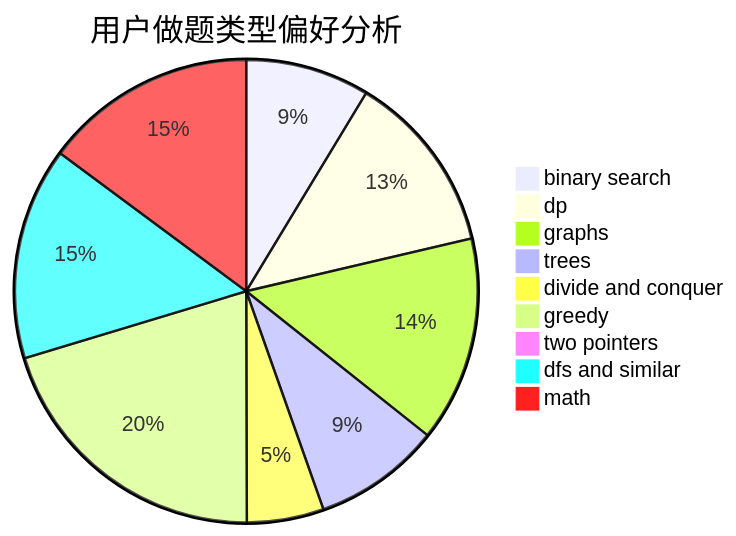
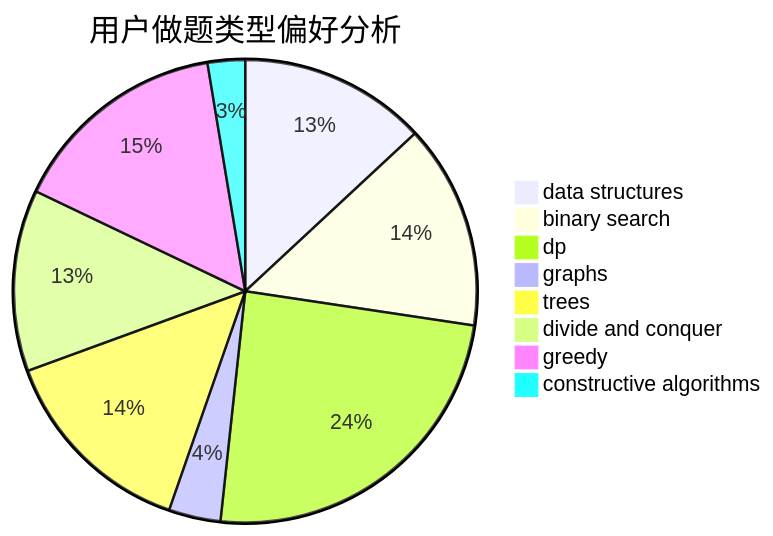
The second of 3 diagrams in docs/user/u187.md (sherpahu/cfrs.github.io), drawn with Mermaid before and after one commit. The commit also changed other lines of this file and 2775 other files, not shown here.

````diff
--- a/docs/user/u187.md
+++ b/docs/user/u187.md
@@ -23,12 +23,11 @@
 ```mermaid
 pie title 用户做题类型偏好分析
-    "binary search" :  108
-    "dp" :  158
-    "graphs" :  179
-    "trees" :  111
-    "divide and conquer" :  67
-    "greedy" :  254
-    "two pointers" :  3
-    "dfs and similar" :  185
-    "math" :  185
+    "data structures" :  65
+    "binary search" :  71
+    "dp" :  121
+    "graphs" :  18
+    "trees" :  70
+    "divide and conquer" :  63
+    "greedy" :  76
+    "constructive algorithms" :  13
 ```
````
